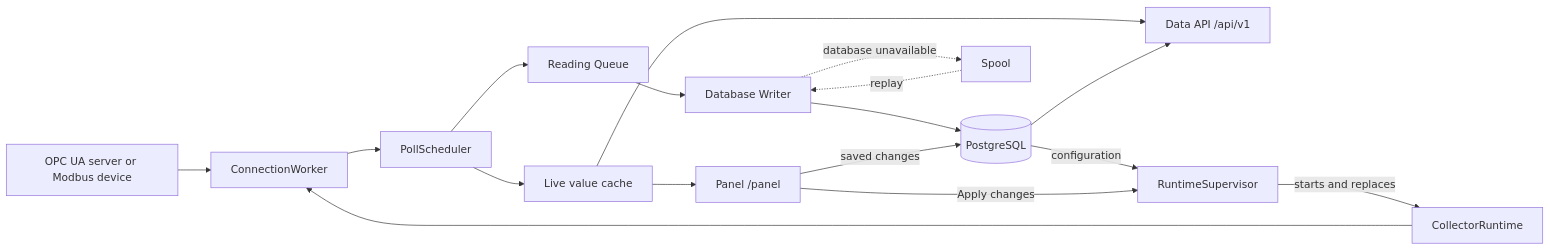
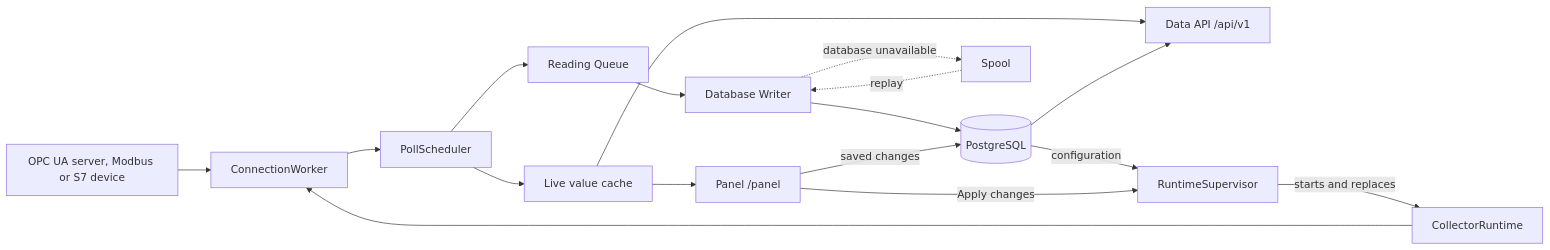
The diagram in README.md (Mateusz1256/plc-data-collector), drawn with Mermaid before and after one commit. The commit also changed other lines of this file and 12 other files, not shown here.

````diff
--- a/README.md
+++ b/README.md
@@ -44,19 +45,19 @@
 ```mermaid
 flowchart LR
-    PLC[OPC UA server or Modbus device] --> W[ConnectionWorker]
+    PLC[OPC UA server, Modbus or S7 device] --> W[ConnectionWorker]
     W --> S[PollScheduler]
     S --> Q[Reading Queue]
     Q --> D[Database Writer]
     D --> P[(PostgreSQL)]
     D -. database unavailable .-> SP[Spool]
     SP -. replay .-> D
     S --> L[Live value cache]
     L --> UI[Panel /panel]
     L --> API[Data API /api/v1]
     P --> API
     P -- configuration --> SUP[RuntimeSupervisor]
     UI -- saved changes --> P
     UI -- Apply changes --> SUP
     SUP -- starts and replaces --> R[CollectorRuntime]
     R --> W
 ```
````
